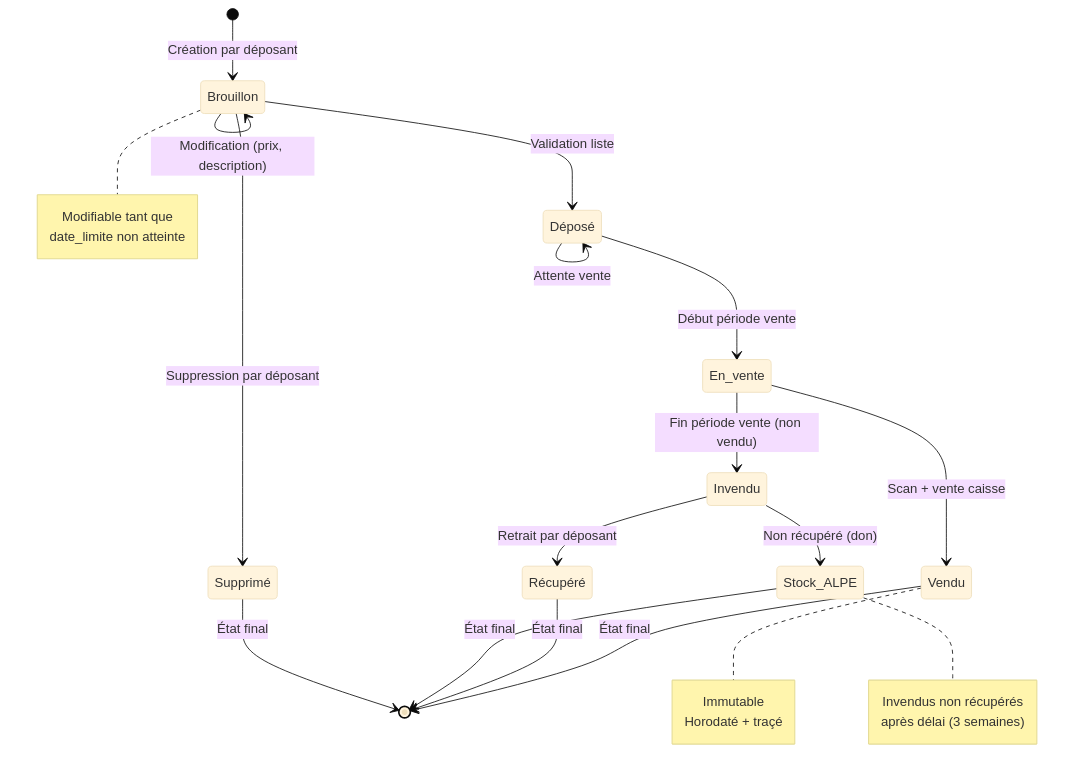
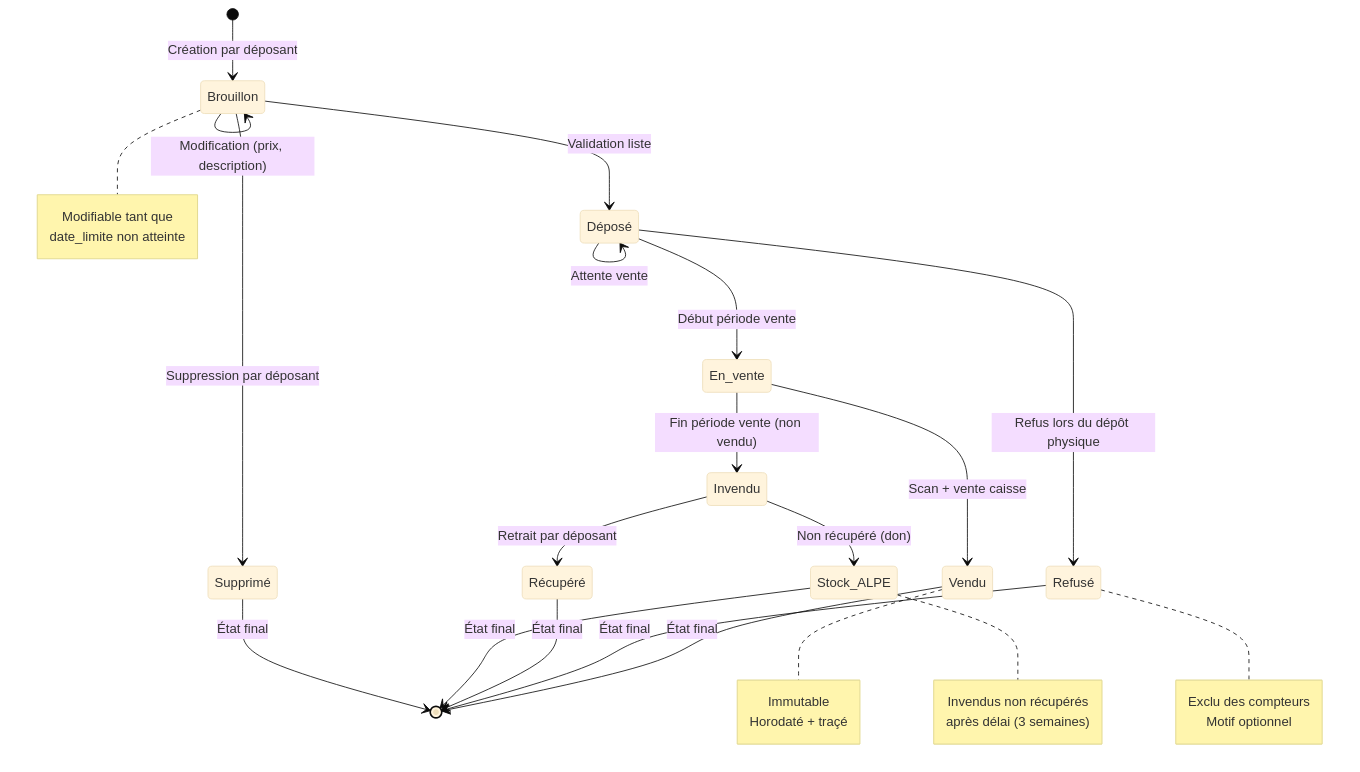
One commit to ALPE-Plaisance-du-Touch/Gestionnaire-de-Bourse-ALPE changed the eighth of 10 diagrams in docs/domain-model.md. Above: the diagram before and after it, drawn with Mermaid (base theme). The commit also changed other lines of this file and 2 other files, not shown here.

Commit message:
docs: add US-013 and REQ-F-022 for article refusal at deposit
Add specification for volunteers/managers/admins to refuse non-conforming
articles during physical deposit. Refused articles stay in DB but are
excluded from list counters and displayed in a separate section.

````diff
--- a/docs/domain-model.md
+++ b/docs/domain-model.md
@@ -676,38 +677,45 @@
 ```mermaid
 stateDiagram-v2
     [*] --> Brouillon : Création par déposant
 
     Brouillon --> Brouillon : Modification (prix, description)
     Brouillon --> Supprimé : Suppression par déposant
     Brouillon --> Déposé : Validation liste
 
     Déposé --> En_vente : Début période vente
+    Déposé --> Refusé : Refus lors du dépôt physique
     Déposé --> Déposé : Attente vente
 
     En_vente --> Vendu : Scan + vente caisse
     En_vente --> Invendu : Fin période vente (non vendu)
 
     Vendu --> [*] : État final
 
     Invendu --> Récupéré : Retrait par déposant
     Invendu --> Stock_ALPE : Non récupéré (don)
 
+    Refusé --> [*] : État final
     Récupéré --> [*] : État final
     Stock_ALPE --> [*] : État final
     Supprimé --> [*] : État final
 
     note right of Brouillon
         Modifiable tant que
         date_limite non atteinte
+    end note
+
+    note right of Refusé
+        Exclu des compteurs
+        Motif optionnel
     end note
 
     note right of Vendu
         Immutable
         Horodaté + traçé
     end note
 
     note right of Stock_ALPE
         Invendus non récupérés
         après délai (3 semaines)
     end note
 ```
````
